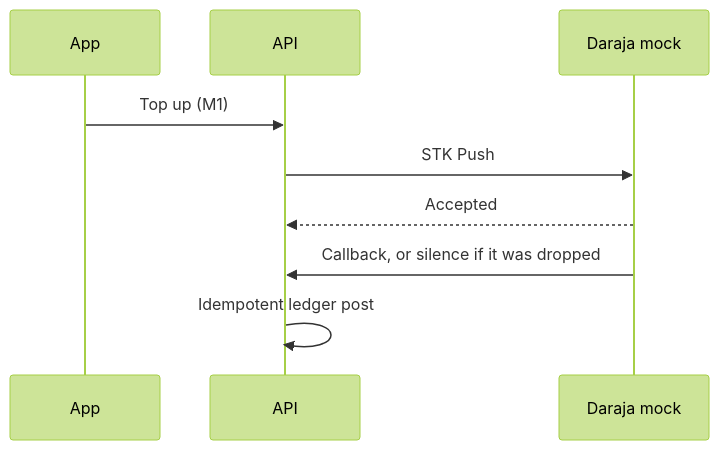
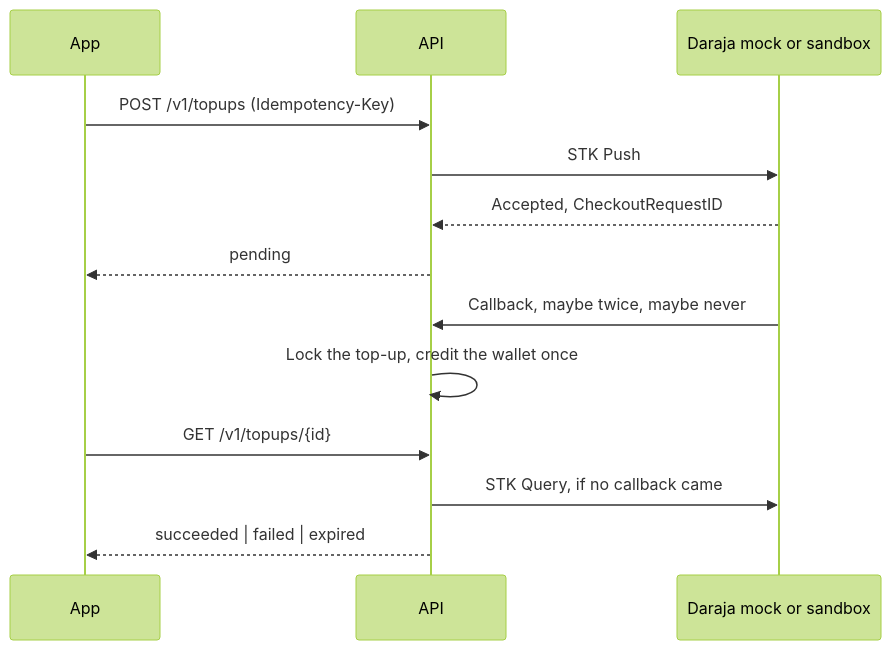
One commit to benweru/xmoney-kenya changed the second of 2 diagrams in README.md. Above: the diagram before and after it, drawn with Mermaid (forest theme). The commit also changed other lines of this file and 27 other files, not shown here.

First line of the commit message:
Top up wallets with STK Push, with exactly-once callbacks (#5)

````diff
--- a/README.md
+++ b/README.md
@@ -64,11 +64,15 @@
 ```mermaid
 sequenceDiagram
   participant App
   participant API
-  participant Mock as Daraja mock
-  App->>API: Top up (M1)
-  API->>Mock: STK Push
-  Mock-->>API: Accepted
-  Mock->>API: Callback, or silence if it was dropped
-  API->>API: Idempotent ledger post
+  participant Rail as Daraja mock or sandbox
+  App->>API: POST /v1/topups (Idempotency-Key)
+  API->>Rail: STK Push
+  Rail-->>API: Accepted, CheckoutRequestID
+  API-->>App: pending
+  Rail->>API: Callback, maybe twice, maybe never
+  API->>API: Lock the top-up, credit the wallet once
+  App->>API: GET /v1/topups/{id}
+  API->>Rail: STK Query, if no callback came
+  API-->>App: succeeded | failed | expired
 ```
````
